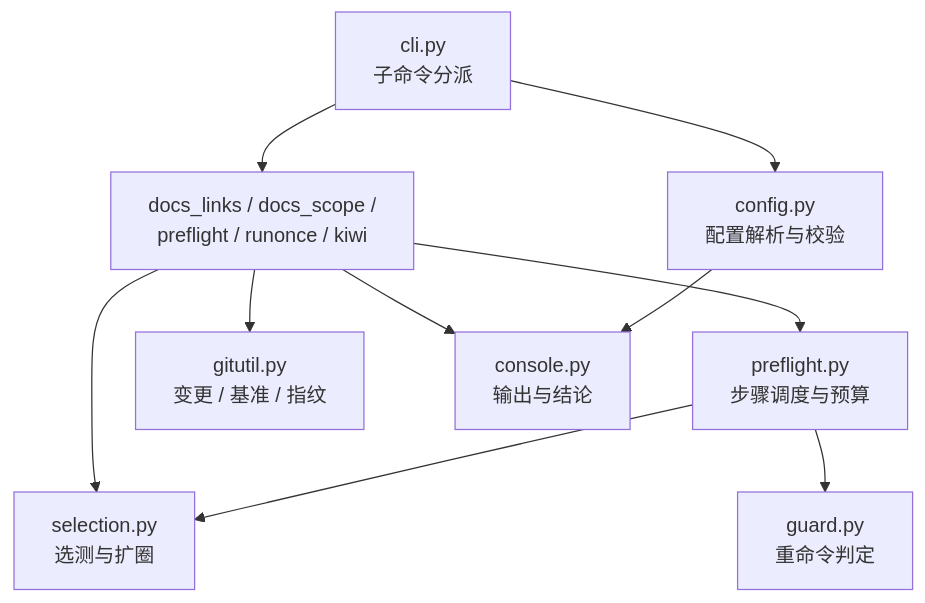
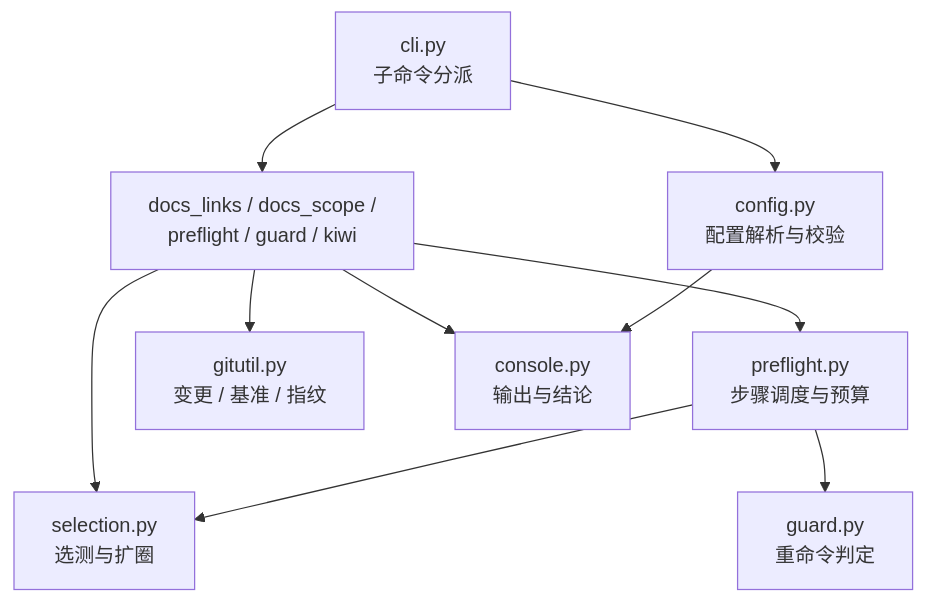
One commit to minjian123/basic-management-system changed the diagram in bms文档/项目/02_后端基座与服务化地基/任务/13_测试执行粒度与工程效能/13_测试执行粒度与工程效能_05_跨仓工程化工具包/设计/01_详细设计_05_跨仓工程化工具包.md. Above: the diagram before and after it, drawn with Mermaid. The commit also changed other lines of this file and 64 other files, not shown here.

````diff
--- a/bms文档/项目/02_后端基座与服务化地基/任务/13_测试执行粒度与工程效能/13_测试执行粒度与工程效能_05_跨仓工程化工具包/设计/01_详细设计_05_跨仓工程化工具包.md
+++ b/bms文档/项目/02_后端基座与服务化地基/任务/13_测试执行粒度与工程效能/13_测试执行粒度与工程效能_05_跨仓工程化工具包/设计/01_详细设计_05_跨仓工程化工具包.md
@@ -163,12 +160,12 @@
 ```mermaid
 flowchart TD
     CLI["cli.py<br/>子命令分派"] --> CFG["config.py<br/>配置解析与校验"]
-    CLI --> CMDS["docs_links / docs_scope /<br/>preflight / runonce / kiwi"]
+    CLI --> CMDS["docs_links / docs_scope /<br/>preflight / guard / kiwi"]
     CMDS --> SEL["selection.py<br/>选测与扩圈"]
     CMDS --> PRE["preflight.py<br/>步骤调度与预算"]
     PRE --> SEL
     PRE --> GUARD["guard.py<br/>重命令判定"]
     CMDS --> GIT["gitutil.py<br/>变更 / 基准 / 指纹"]
     CMDS --> CON["console.py<br/>输出与结论"]
     CFG --> CON
 ```
````
